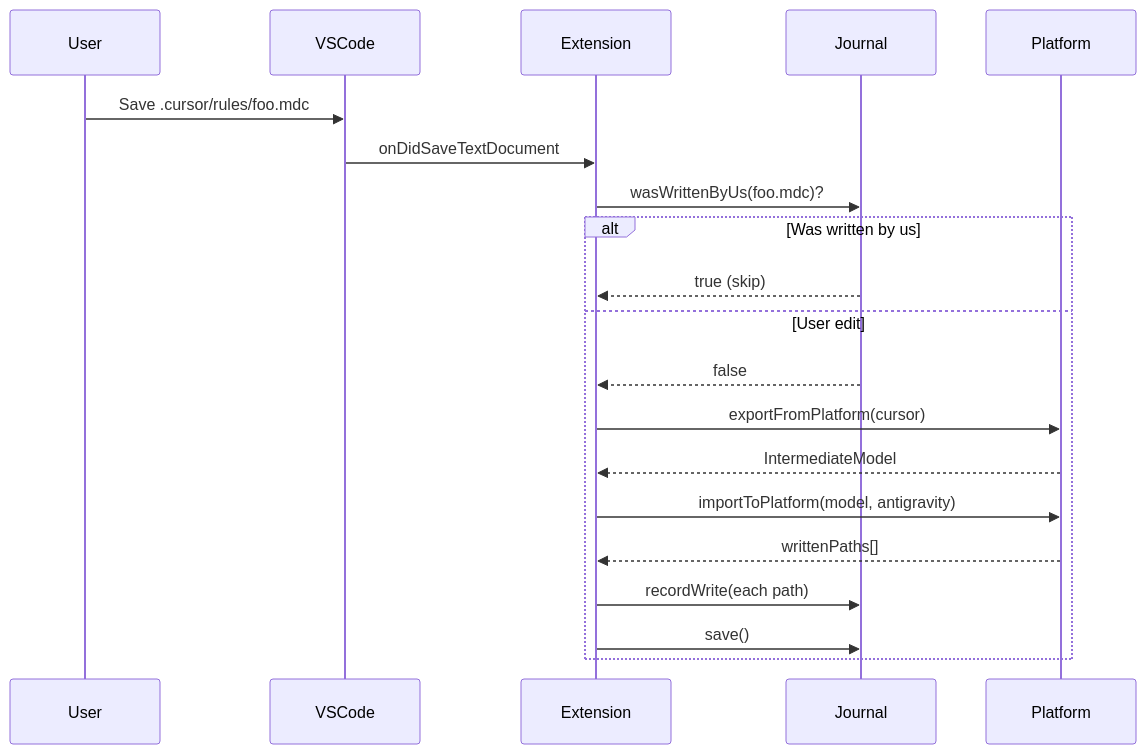
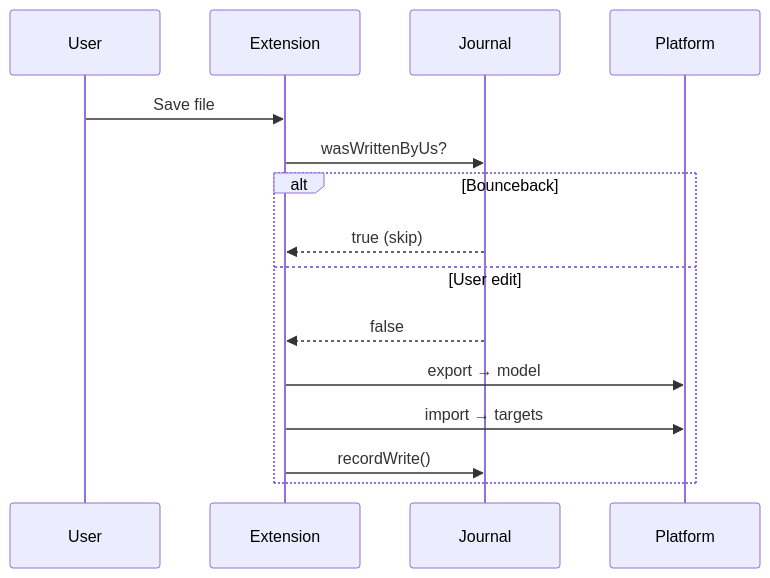
Before and after one commit to sceny/editorsync: the second of 2 diagrams in docs/architecture.md, drawn with Mermaid. The commit also changed other lines of this file and 16 other files, not shown here.

Commit message:
feat: Add core models, platform-specific logic for Cursor and Antigravity, comprehensive documentation, and a Jest testing framework.

````diff
--- a/docs/architecture.md
+++ b/docs/architecture.md
@@ -83,23 +68,18 @@
 ```mermaid
 sequenceDiagram
     participant User
-    participant VSCode
     participant Extension
     participant Journal
     participant Platform
 
-    User->>VSCode: Save .cursor/rules/foo.mdc
-    VSCode->>Extension: onDidSaveTextDocument
-    Extension->>Journal: wasWrittenByUs(foo.mdc)?
-    alt Was written by us
+    User->>Extension: Save file
+    Extension->>Journal: wasWrittenByUs?
+    alt Bounceback
         Journal-->>Extension: true (skip)
     else User edit
         Journal-->>Extension: false
-        Extension->>Platform: exportFromPlatform(cursor)
-        Platform-->>Extension: IntermediateModel
-        Extension->>Platform: importToPlatform(model, antigravity)
-        Platform-->>Extension: writtenPaths[]
-        Extension->>Journal: recordWrite(each path)
-        Extension->>Journal: save()
+        Extension->>Platform: export → model
+        Extension->>Platform: import → targets
+        Extension->>Journal: recordWrite()
     end
 ```
````
